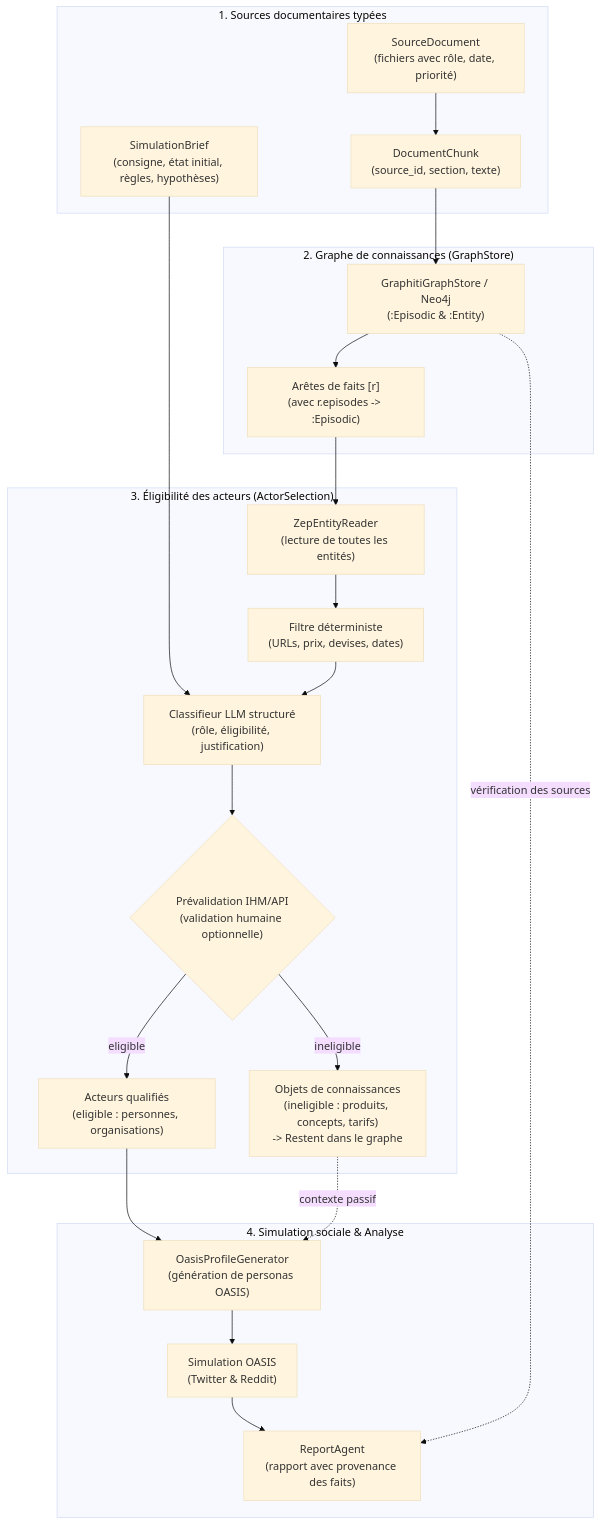
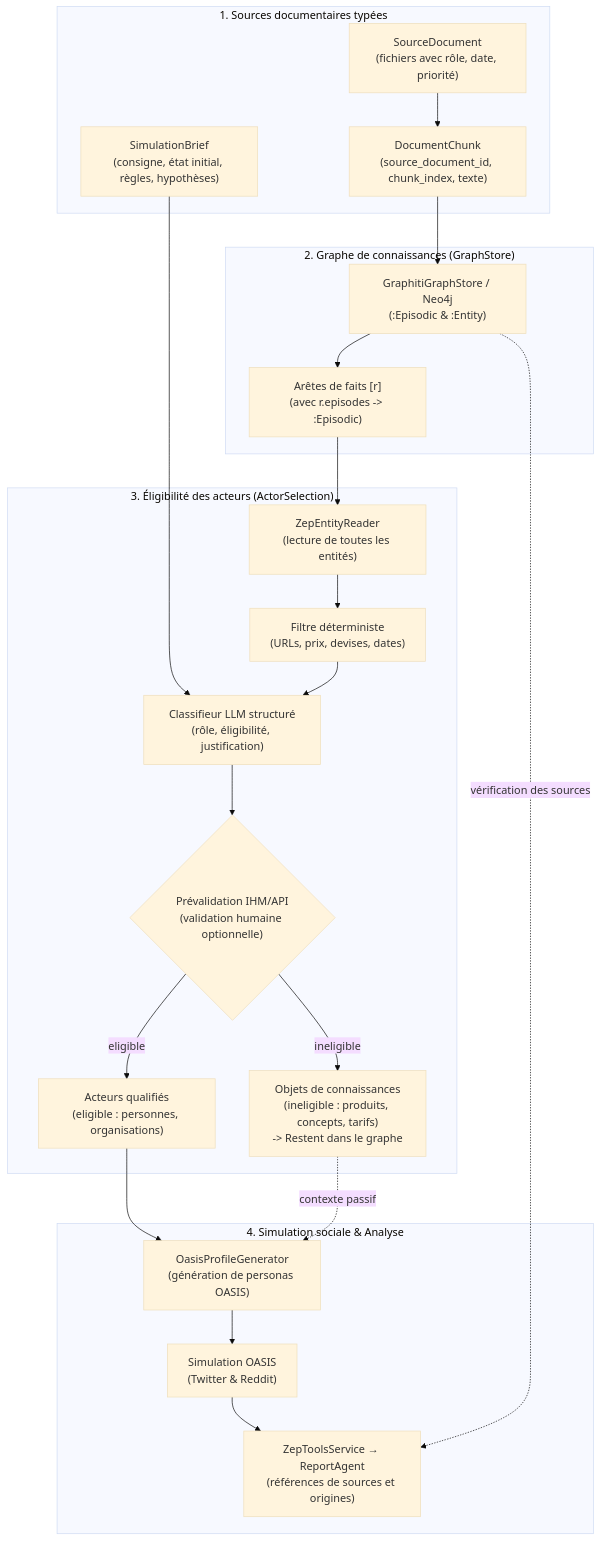
Before and after one commit to zohac/MiroFish: the first of 3 diagrams in docs/plans/009-eligibilite-acteurs-et-sources/architecture.md, drawn with Mermaid (base theme). The commit also changed other lines of this file and 8 other files, not shown here.

````diff
--- a/docs/plans/009-eligibilite-acteurs-et-sources/architecture.md
+++ b/docs/plans/009-eligibilite-acteurs-et-sources/architecture.md
@@ -12,44 +14,44 @@
 ```mermaid
 graph TD
     subgraph Sources ["1. Sources documentaires typées"]
         Docs["SourceDocument<br/>(fichiers avec rôle, date, priorité)"]
         Brief["SimulationBrief<br/>(consigne, état initial, règles, hypothèses)"]
-        Chunks["DocumentChunk<br/>(source_id, section, texte)"]
+        Chunks["DocumentChunk<br/>(source_document_id, chunk_index, texte)"]
     end
 
     subgraph KnowledgeStore ["2. Graphe de connaissances (GraphStore)"]
         Store["GraphitiGraphStore / Neo4j<br/>(:Episodic & :Entity)"]
         Facts["Arêtes de faits [r]<br/>(avec r.episodes -> :Episodic)"]
     end
 
     subgraph EligibilityLayer ["3. Éligibilité des acteurs (ActorSelection)"]
         Reader["ZepEntityReader<br/>(lecture de toutes les entités)"]
         Pass1["Filtre déterministe<br/>(URLs, prix, devises, dates)"]
         Pass2["Classifieur LLM structuré<br/>(rôle, éligibilité, justification)"]
         ReviewGate{"Prévalidation IHM/API<br/>(validation humaine optionnelle)"}
         KnowledgeOnly["Objets de connaissances<br/>(ineligible : produits, concepts, tarifs)<br/>-> Restent dans le graphe"]
         EligibleActors["Acteurs qualifiés<br/>(eligible : personnes, organisations)"]
     end
 
     subgraph SimulationExecution ["4. Simulation sociale & Analyse"]
         ProfileGen["OasisProfileGenerator<br/>(génération de personas OASIS)"]
         OasisEngine["Simulation OASIS<br/>(Twitter & Reddit)"]
-        ReportGen["ReportAgent<br/>(rapport avec provenance des faits)"]
+        ReportGen["ZepToolsService → ReportAgent<br/>(références de sources et origines)"]
     end
 
     Docs --> Chunks
     Brief --> Pass2
     Chunks --> Store
     Store --> Facts
     Facts --> Reader
     Reader --> Pass1
     Pass1 --> Pass2
     Pass2 --> ReviewGate
     ReviewGate -->|ineligible| KnowledgeOnly
     ReviewGate -->|eligible| EligibleActors
     EligibleActors --> ProfileGen
     KnowledgeOnly -.->|contexte passif| ProfileGen
     ProfileGen --> OasisEngine
     OasisEngine --> ReportGen
     Store -.->|vérification des sources| ReportGen
 ```
````
